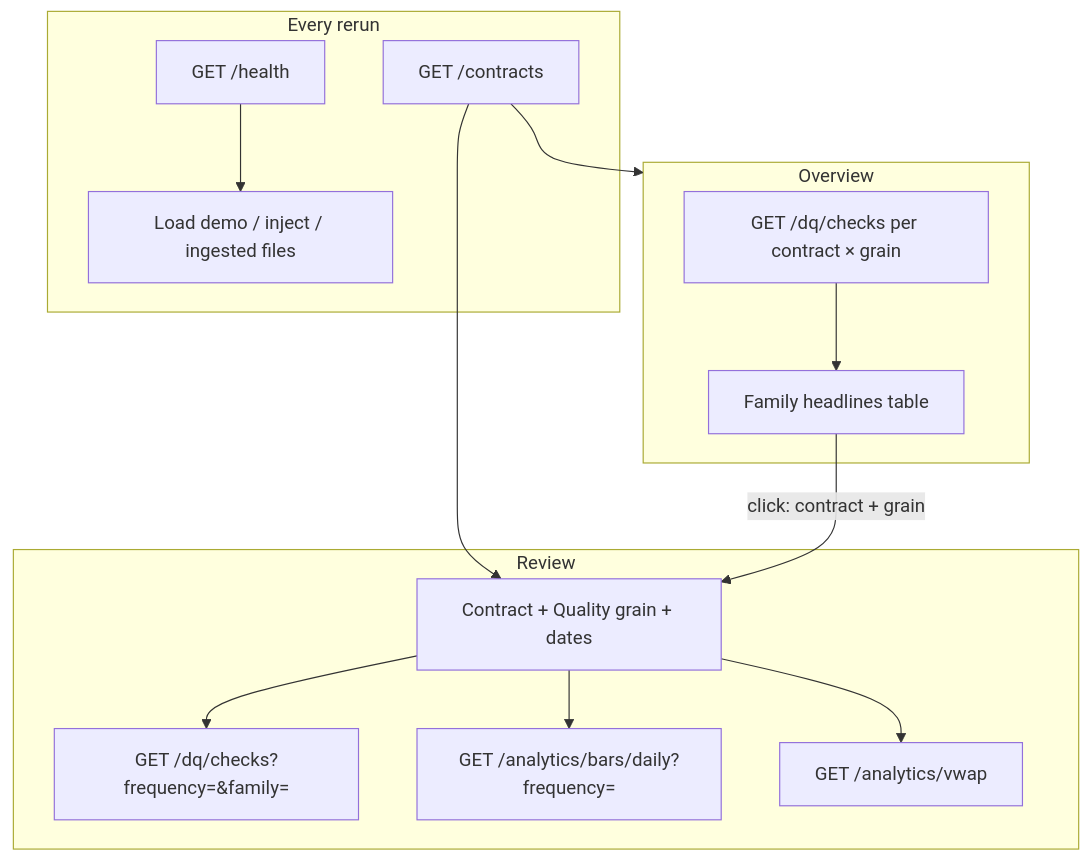
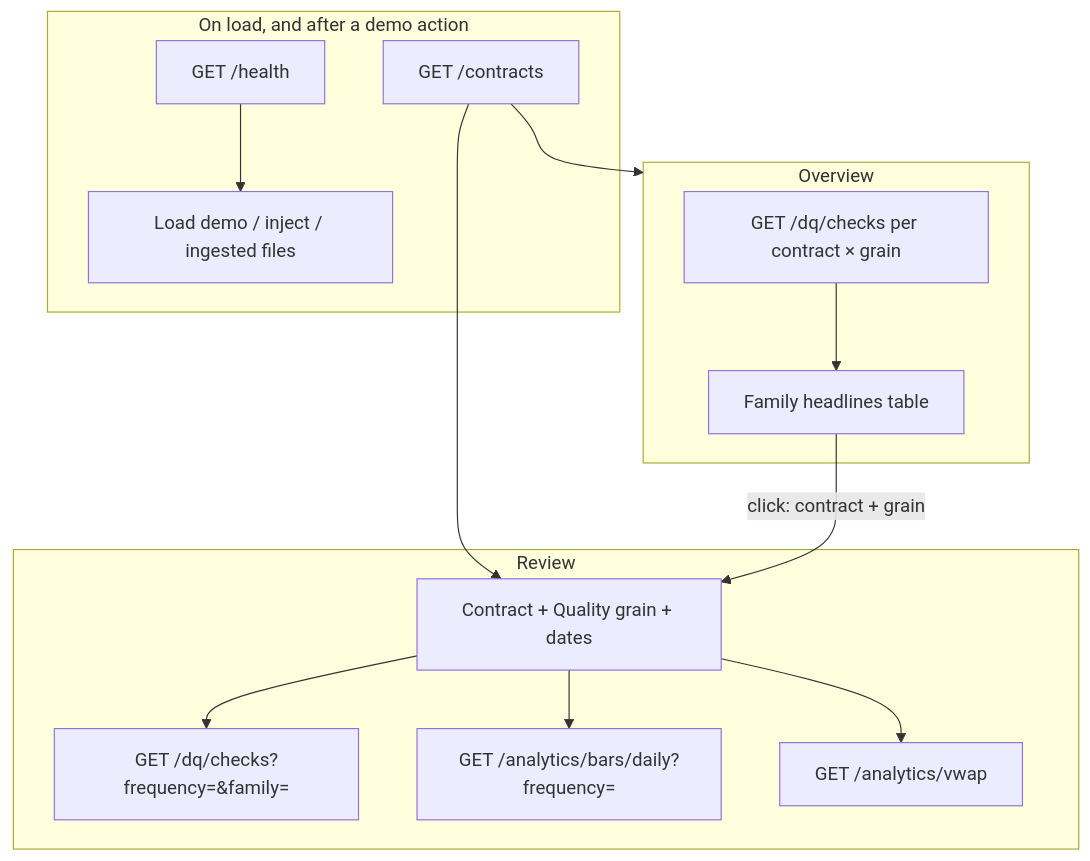
The tenth of 11 diagrams in docs/how-loupe-works.md (shu-y-codes/loupe), drawn with Mermaid before and after one commit. The commit also changed other lines of this file and 80 other files, not shown here.

````diff
--- a/docs/how-loupe-works.md
+++ b/docs/how-loupe-works.md
@@ -654,27 +667,27 @@
 ```mermaid
 flowchart TB
-  subgraph shared [Every rerun]
+  subgraph shared [On load, and after a demo action]
     H[GET /health]
     C[GET /contracts]
     Demo[Load demo / inject / ingested files]
   end
   subgraph overview [Overview]
     Loop["GET /dq/checks per contract × grain"]
     Table[Family headlines table]
   end
   subgraph review [Review]
     Side[Contract + Quality grain + dates]
     Checks["GET /dq/checks?frequency=&family="]
     Bars["GET /analytics/bars/daily?frequency="]
     Vwap[GET /analytics/vwap]
   end
 
   H --> Demo
   C --> overview
   C --> Side
   Loop --> Table
   Table -->|"click: contract + grain"| Side
   Side --> Checks
   Side --> Bars
   Side --> Vwap
 ```
````
